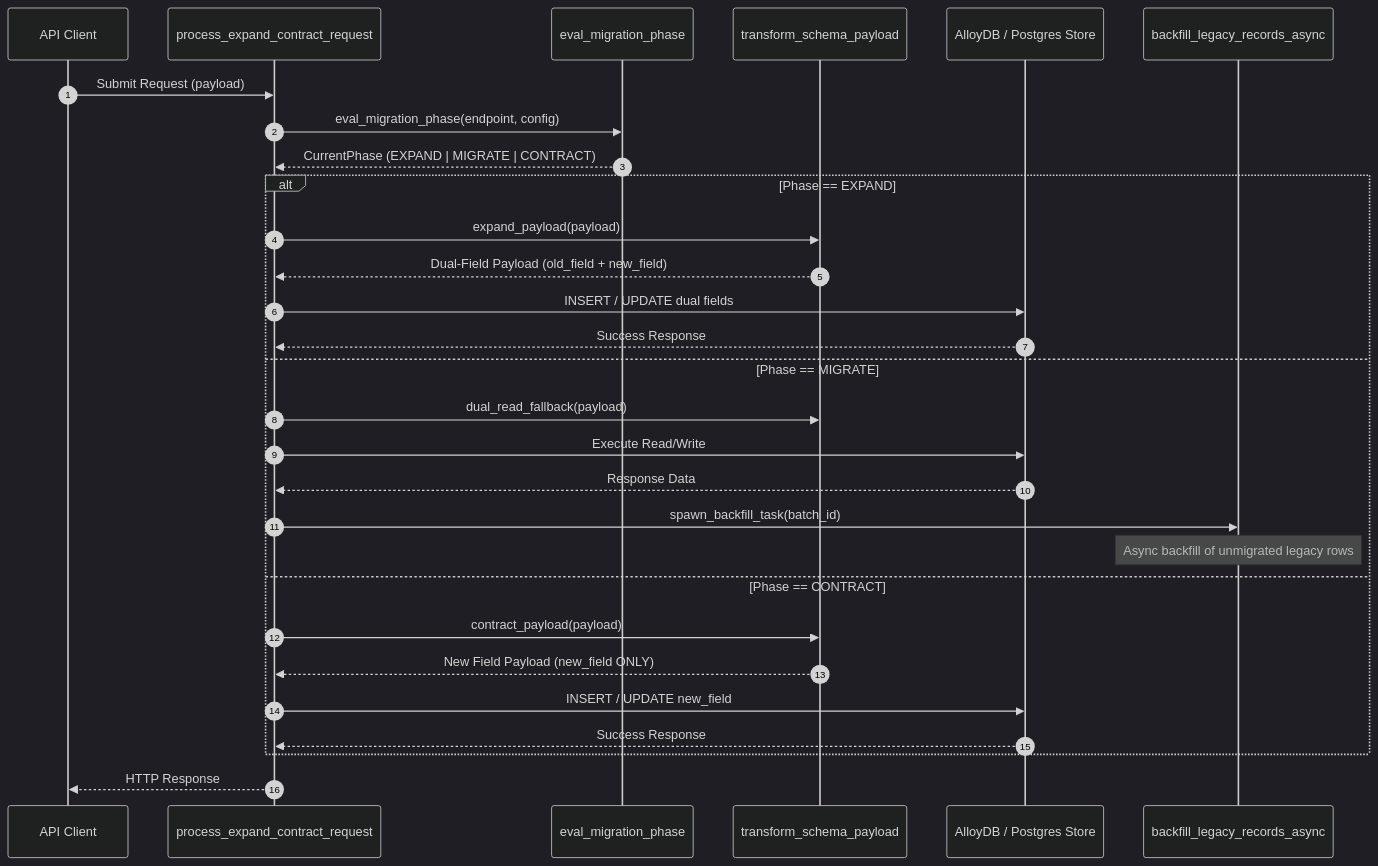
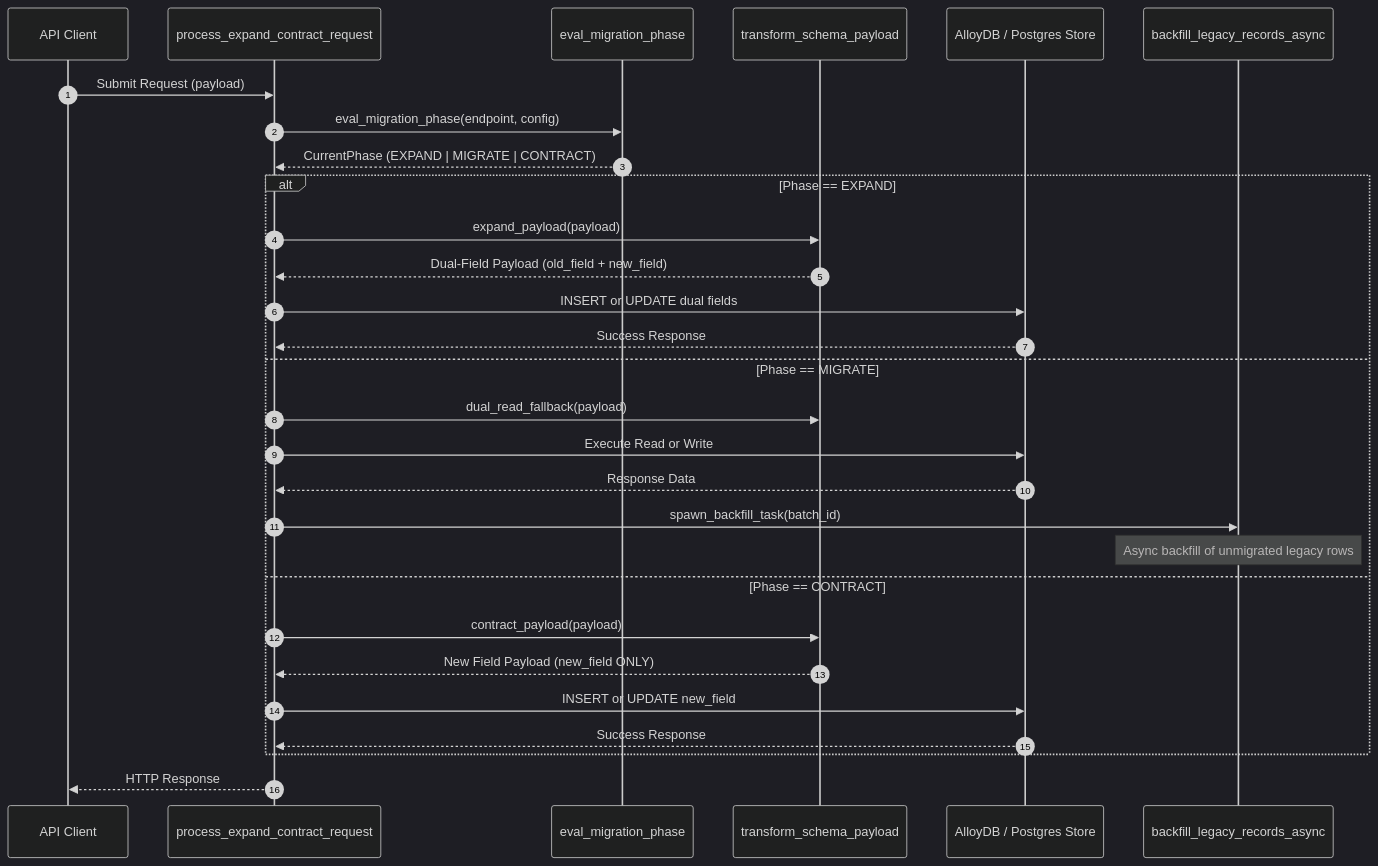
One commit to Chief-Strategist-J/llm-observability-platform changed the second of 2 diagrams in notebooks/runbooks/refs/10-core-patterns-and-cutover/expand-contract-migration.md. Above: the diagram before and after it, drawn with Mermaid (dark theme). The commit also changed 35 other files, not shown here.

Commit message:
fix(docs): resolve sequence diagram message label syntax errors across runbook suite

````diff
--- a/notebooks/runbooks/refs/10-core-patterns-and-cutover/expand-contract-migration.md
+++ b/notebooks/runbooks/refs/10-core-patterns-and-cutover/expand-contract-migration.md
@@ -68,34 +68,34 @@
 ```mermaid
 sequenceDiagram
     autonumber
     participant Client as API Client
     participant Router as process_expand_contract_request
     participant Phase as eval_migration_phase
     participant Mapper as transform_schema_payload
     participant DB as AlloyDB / Postgres Store
     participant Worker as backfill_legacy_records_async
 
     Client->>Router: Submit Request (payload)
     Router->>Phase: eval_migration_phase(endpoint, config)
     Phase-->>Router: CurrentPhase (EXPAND | MIGRATE | CONTRACT)
 
     alt Phase == EXPAND
         Router->>Mapper: expand_payload(payload)
         Mapper-->>Router: Dual-Field Payload (old_field + new_field)
-        Router->>DB: INSERT / UPDATE dual fields
+        Router->>DB: INSERT or UPDATE dual fields
         DB-->>Router: Success Response
     else Phase == MIGRATE
         Router->>Mapper: dual_read_fallback(payload)
-        Router->>DB: Execute Read/Write
+        Router->>DB: Execute Read or Write
         DB-->>Router: Response Data
         Router->>Worker: spawn_backfill_task(batch_id)
         Note over Worker: Async backfill of unmigrated legacy rows
     else Phase == CONTRACT
         Router->>Mapper: contract_payload(payload)
         Mapper-->>Router: New Field Payload (new_field ONLY)
-        Router->>DB: INSERT / UPDATE new_field
+        Router->>DB: INSERT or UPDATE new_field
         DB-->>Router: Success Response
     end
 
     Router-->>Client: HTTP Response
 ```
````
